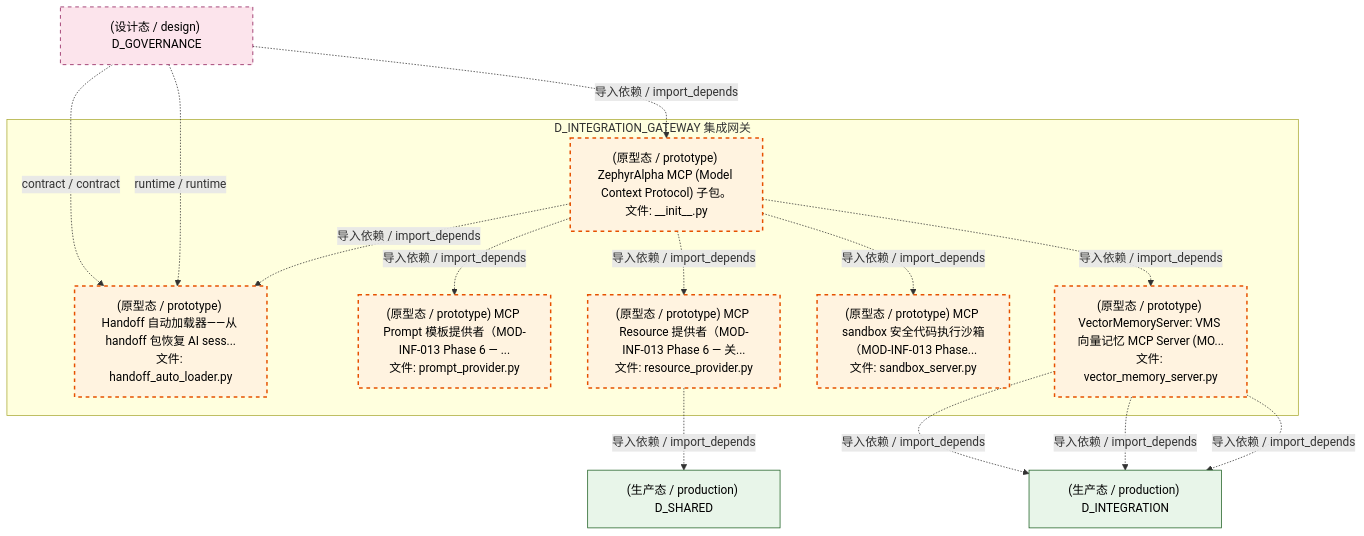
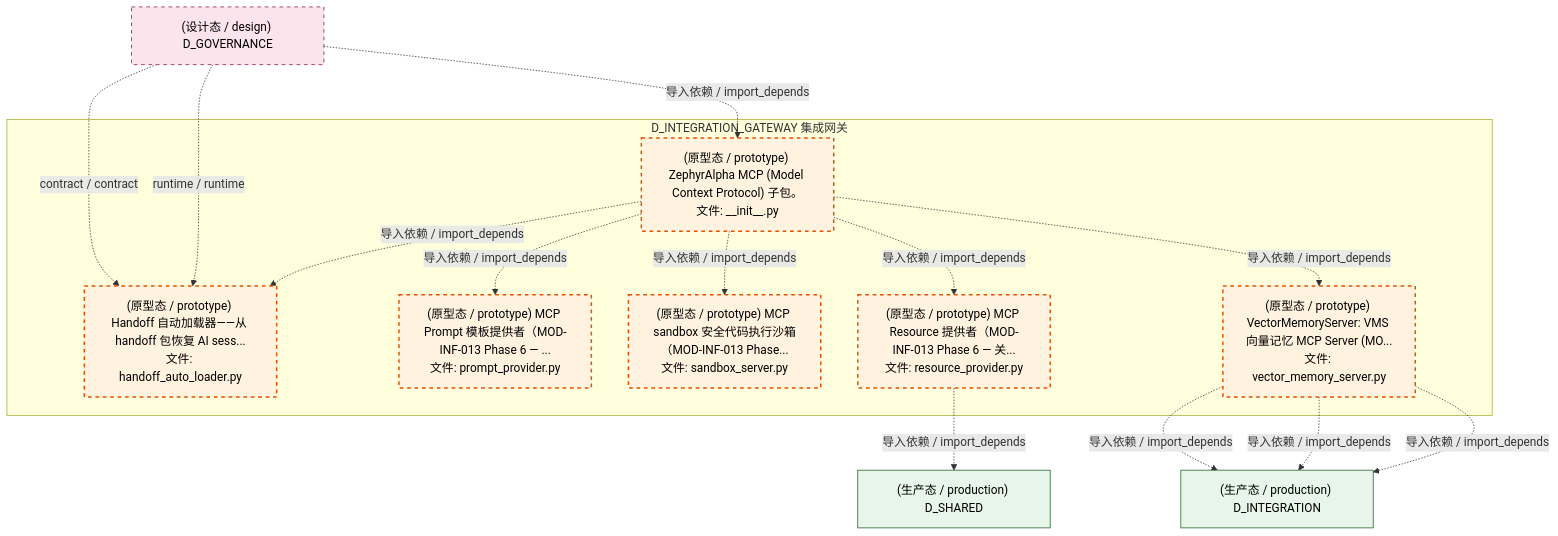
One commit to xuanFelixVan/ZephyrAlpha changed the third of 4 diagrams in docs/02_enterprise_architecture/02_domain_architecture_docs/13_d_integration_gateway.md. Above: the diagram before and after it, drawn with Mermaid. The commit also changed other lines of this file and 100 other files, not shown here.

````diff
--- a/docs/02_enterprise_architecture/02_domain_architecture_docs/13_d_integration_gateway.md
+++ b/docs/02_enterprise_architecture/02_domain_architecture_docs/13_d_integration_gateway.md
@@ -259,33 +259,33 @@
 ```mermaid
 graph TD
     subgraph D_INTEGRATION_GATEWAY["D_INTEGRATION_GATEWAY 集成网关"]
         src_zephyr_integration_mcp_init_py["(原型态 / prototype) ZephyrAlpha MCP (Model Context Protocol) 子包。<br/>文件: __init__.py"]
         src_zephyr_integration_mcp_handoff_auto_loader_py["(原型态 / prototype) Handoff 自动加载器——从 handoff 包恢复 AI sess...<br/>文件: handoff_auto_loader.py"]
         src_zephyr_integration_mcp_prompt_provider_py["(原型态 / prototype) MCP Prompt 模板提供者（MOD-INF-013 Phase 6 — ...<br/>文件: prompt_provider.py"]
         src_zephyr_integration_mcp_resource_provider_py["(原型态 / prototype) MCP Resource 提供者（MOD-INF-013 Phase 6 — 关...<br/>文件: resource_provider.py"]
         src_zephyr_integration_mcp_sandbox_server_py["(原型态 / prototype) MCP sandbox 安全代码执行沙箱（MOD-INF-013 Phase...<br/>文件: sandbox_server.py"]
         src_zephyr_integration_mcp_vector_memory_server_py["(原型态 / prototype) VectorMemoryServer: VMS 向量记忆 MCP Server (MO...<br/>文件: vector_memory_server.py"]
     end
     src_zephyr_integration_mcp_init_py -.->|导入依赖 / import_depends| src_zephyr_integration_mcp_handoff_auto_loader_py
     src_zephyr_integration_mcp_init_py -.->|导入依赖 / import_depends| src_zephyr_integration_mcp_prompt_provider_py
+    src_zephyr_integration_mcp_init_py -.->|导入依赖 / import_depends| src_zephyr_integration_mcp_sandbox_server_py
     src_zephyr_integration_mcp_init_py -.->|导入依赖 / import_depends| src_zephyr_integration_mcp_resource_provider_py
-    src_zephyr_integration_mcp_init_py -.->|导入依赖 / import_depends| src_zephyr_integration_mcp_sandbox_server_py
     src_zephyr_integration_mcp_init_py -.->|导入依赖 / import_depends| src_zephyr_integration_mcp_vector_memory_server_py
     D_SHARED["(生产态 / production) D_SHARED"]
     src_zephyr_integration_mcp_resource_provider_py -.->|导入依赖 / import_depends| D_SHARED
     D_INTEGRATION["(生产态 / production) D_INTEGRATION"]
     src_zephyr_integration_mcp_vector_memory_server_py -.->|导入依赖 / import_depends| D_INTEGRATION
     src_zephyr_integration_mcp_vector_memory_server_py -.->|导入依赖 / import_depends| D_INTEGRATION
     src_zephyr_integration_mcp_vector_memory_server_py -.->|导入依赖 / import_depends| D_INTEGRATION
     D_GOVERNANCE["(设计态 / design) D_GOVERNANCE"]
     D_GOVERNANCE -.->|contract / contract| src_zephyr_integration_mcp_handoff_auto_loader_py
     D_GOVERNANCE -.->|runtime / runtime| src_zephyr_integration_mcp_handoff_auto_loader_py
     D_GOVERNANCE -.->|导入依赖 / import_depends| src_zephyr_integration_mcp_init_py
     classDef production fill:#e1f5fe,stroke:#01579b,stroke-width:2px,color:#000
     classDef design fill:#fff3e0,stroke:#e65100,stroke-width:2px,color:#000,stroke-dasharray: 5 5
     classDef external_prod fill:#e8f5e9,stroke:#1b5e20,stroke-width:1px,color:#000
     classDef external_design fill:#fce4ec,stroke:#880e4f,stroke-width:1px,color:#000,stroke-dasharray: 5 5
     class src_zephyr_integration_mcp_init_py,src_zephyr_integration_mcp_handoff_auto_loader_py,src_zephyr_integration_mcp_prompt_provider_py,src_zephyr_integration_mcp_resource_provider_py,src_zephyr_integration_mcp_sandbox_server_py,src_zephyr_integration_mcp_vector_memory_server_py design
     class D_SHARED,D_INTEGRATION external_prod
     class D_GOVERNANCE external_design
 ```
````
